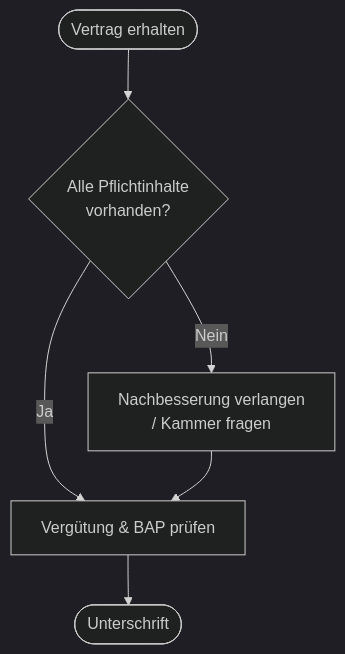
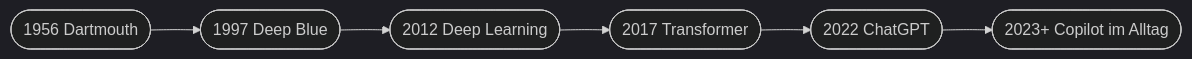
One commit to Qualidy/Prompt-Engineering-KI-in-der-Arbeitswelt changed the diagram in docs/content/kapitel2.md. Above: the diagram before and after it, drawn with Mermaid (dark theme). The commit also changed other lines of this file and 259 other files, not shown here.

````diff
--- a/docs/content/kapitel2.md
+++ b/docs/content/kapitel2.md
@@ -119,8 +30,8 @@
 ```mermaid
-flowchart TD
-    A([Vertrag erhalten]) --> B{Alle Pflichtinhalte\nvorhanden?}
-    B -->|Ja| C[Vergütung & BAP prüfen]
-    B -->|Nein| D[Nachbesserung verlangen\n/ Kammer fragen]
-    C --> E([Unterschrift])
-    D --> C
+flowchart LR
+    A([1956 Dartmouth]) --> B([1997 Deep Blue])
+    B --> C([2012 Deep Learning])
+    C --> D([2017 Transformer])
+    D --> E([2022 ChatGPT])
+    E --> F([2023+ Copilot im Alltag])
 ```
````
